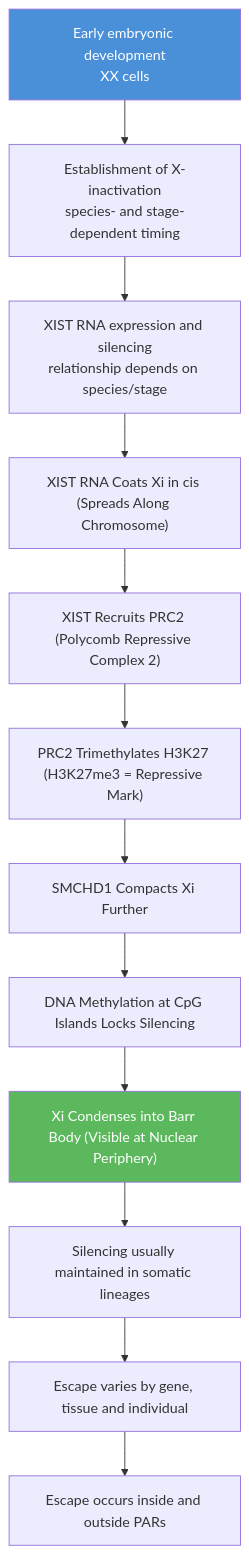
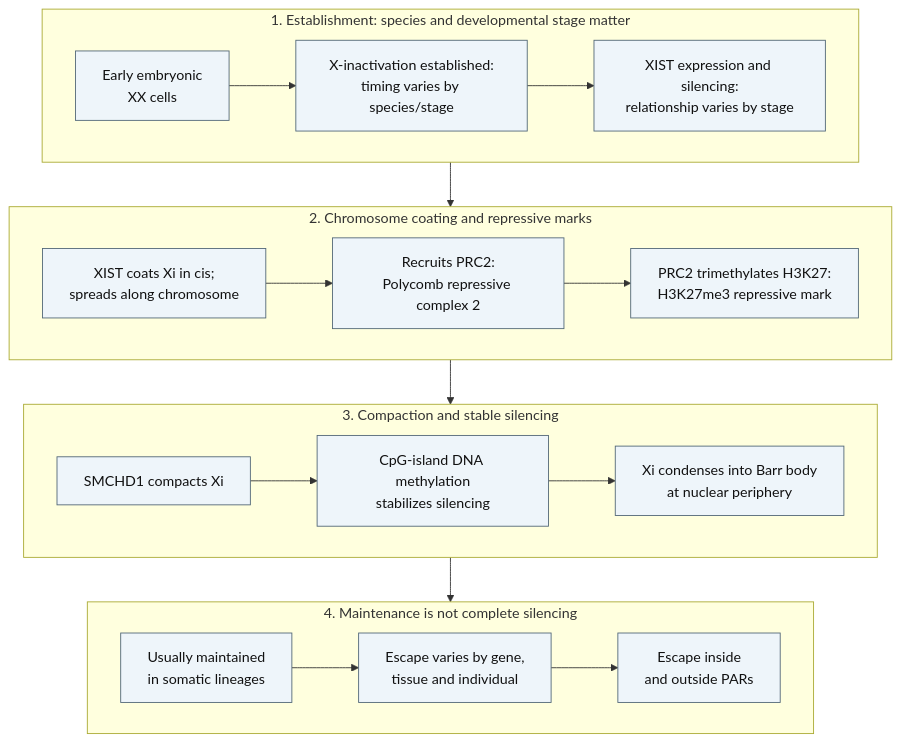
One commit to docxology/biology_textbook changed the fourth of 7 diagrams in docs/manuscript/unit_V/chromosomal_inheritance.md. Above: the diagram before and after it, drawn with Mermaid. The commit also changed other lines of this file and 41 other files, not shown here.

````diff
--- a/docs/manuscript/unit_V/chromosomal_inheritance.md
+++ b/docs/manuscript/unit_V/chromosomal_inheritance.md
@@ -276,17 +288,26 @@
 ```mermaid
-flowchart TD
-    A["Early embryonic development<br/>XX cells"] --> B["Establishment of X-inactivation<br/>species- and stage-dependent timing"]
-    B --> C["XIST RNA expression and silencing<br/>relationship depends on species/stage"]
-    C --> D["XIST RNA Coats Xi in cis (Spreads Along Chromosome)"]
-    D --> E["XIST Recruits PRC2 (Polycomb Repressive Complex 2)"]
-    E --> F["PRC2 Trimethylates H3K27 (H3K27me3 = Repressive Mark)"]
-    F --> G["SMCHD1 Compacts Xi Further"]
-    G --> H["DNA Methylation at CpG Islands Locks Silencing"]
-    H --> I["Xi Condenses into Barr Body (Visible at Nuclear Periphery)"]
-    I --> J["Silencing usually maintained in somatic lineages"]
-    J --> K["Escape varies by gene, tissue and individual"]
-    K --> L["Escape occurs inside and outside PARs"]
-
-    style A fill:#4a90d9,color:#fff
-    style I fill:#5cb85c,color:#fff
+---
+config:
+  layout: dagre
+---
+flowchart TB
+    subgraph establishment["1. Establishment: species and developmental stage matter"]
+        direction LR
+        A["Early embryonic<br/>XX cells"] --> B["X-inactivation established:<br/>timing varies by species/stage"] --> C["XIST expression and silencing:<br/>relationship varies by stage"]
+    end
+    subgraph chromatin["2. Chromosome coating and repressive marks"]
+        direction LR
+        D["XIST coats Xi in cis;<br/>spreads along chromosome"] --> E["Recruits PRC2:<br/>Polycomb repressive complex 2"] --> F["PRC2 trimethylates H3K27:<br/>H3K27me3 repressive mark"]
+    end
+    subgraph consolidation["3. Compaction and stable silencing"]
+        direction LR
+        G["SMCHD1 compacts Xi"] --> H["CpG-island DNA methylation<br/>stabilizes silencing"] --> I["Xi condenses into Barr body<br/>at nuclear periphery"]
+    end
+    subgraph maintenance["4. Maintenance is not complete silencing"]
+        direction LR
+        J["Usually maintained<br/>in somatic lineages"] --> K["Escape varies by gene,<br/>tissue and individual"] --> L["Escape inside<br/>and outside PARs"]
+    end
+    establishment --> chromatin --> consolidation --> maintenance
+    classDef ink fill:#eef5fa,stroke:#526777,color:#111111
+    class A,B,C,D,E,F,G,H,I,J,K,L ink
 ```
````
